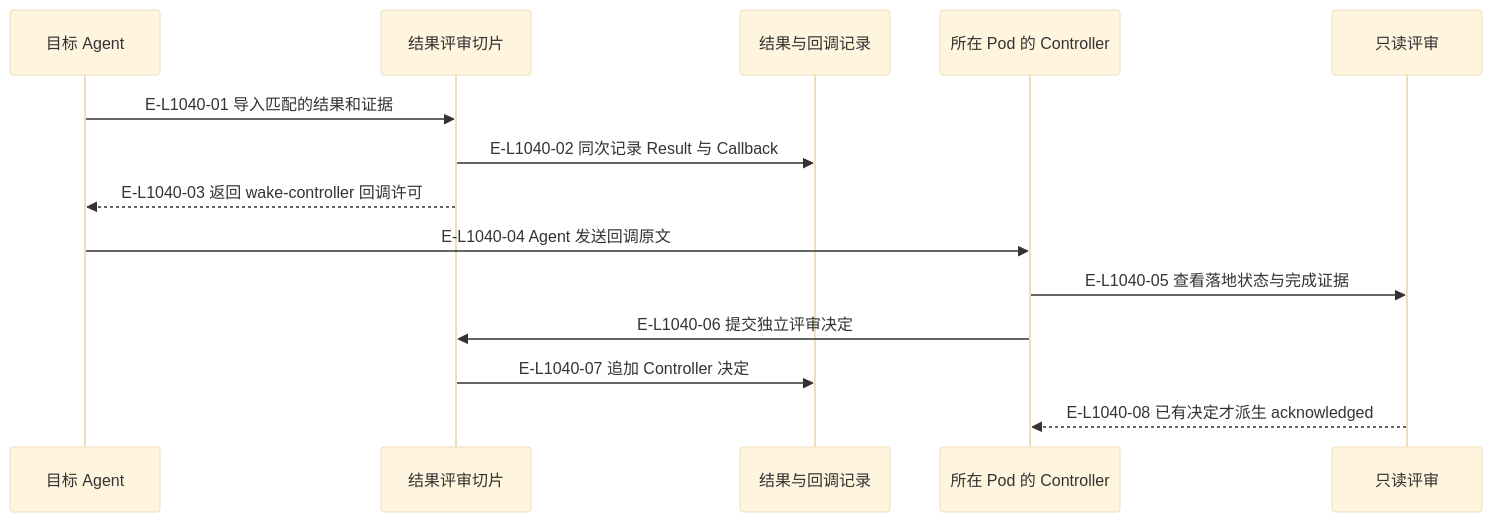
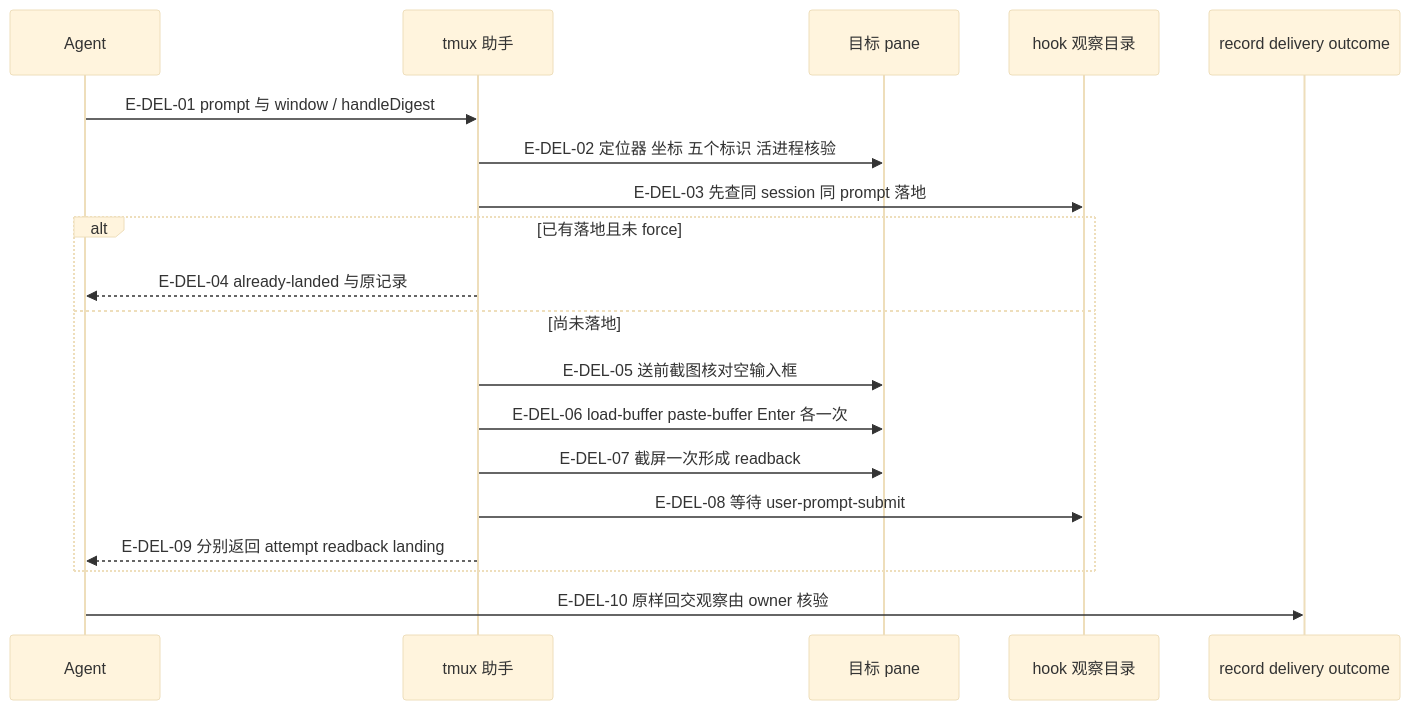
The second of 3 diagrams in wakeflow-architecture-atlas/maps/09-public-mcp-host-seams/host-effect-handshake.md (GxFn/Wakeflow), drawn with Mermaid (base theme) before and after one commit. The commit also changed other lines of this file and 76 other files, not shown here.

First line of the commit message:
docs(atlas): refresh architecture maps for the rc.5 codebase

````diff
--- a/wakeflow-architecture-atlas/maps/09-public-mcp-host-seams/host-effect-handshake.md
+++ b/wakeflow-architecture-atlas/maps/09-public-mcp-host-seams/host-effect-handshake.md
@@ -193,18 +109,23 @@
 ```mermaid
 sequenceDiagram
-  accTitle: 固定回调唤醒所在 Pod 的 Controller
-  accDescr: 固定回调唤醒所在 Pod 的 Controller；箭头区分当前代码步骤、返回事实与明确的条件。
-  participant target as 目标 Agent
-  participant review as 结果评审切片
-  participant event as 结果与回调记录
-  participant controller as 所在 Pod 的 Controller
-  participant inspect as 只读评审
-  target->>review: E-L1040-01 导入匹配的结果和证据
-  review->>event: E-L1040-02 同次记录 Result 与 Callback
-  review-->>target: E-L1040-03 返回 wake-controller 回调许可
-  target->>controller: E-L1040-04 Agent 发送回调原文
-  controller->>inspect: E-L1040-05 查看落地状态与完成证据
-  controller->>review: E-L1040-06 提交独立评审决定
-  review->>event: E-L1040-07 追加 Controller 决定
-  inspect-->>controller: E-L1040-08 已有决定才派生 acknowledged
+  accTitle: Claude 一次投递的发送与落地证据分离
+  accDescr: Agent 持有许可后运行助手，助手先验证 pane 和既有落地记录，再检查可用输入框，只粘贴回车一次，屏幕回读与 hook 落地分别返回，由结果记录能力判断。
+  participant A as Agent
+  participant H as tmux 助手
+  participant P as 目标 pane
+  participant O as hook 观察目录
+  participant W as record delivery outcome
+  A->>H: E-DEL-01 prompt 与 window / handleDigest
+  H->>P: E-DEL-02 定位器 坐标 五个标识 活进程核验
+  H->>O: E-DEL-03 先查同 session 同 prompt 落地
+  alt 已有落地且未 force
+    H-->>A: E-DEL-04 already-landed 与原记录
+  else 尚未落地
+    H->>P: E-DEL-05 送前截图核对空输入框
+    H->>P: E-DEL-06 load-buffer paste-buffer Enter 各一次
+    H->>P: E-DEL-07 截屏一次形成 readback
+    H->>O: E-DEL-08 等待 user-prompt-submit
+    H-->>A: E-DEL-09 分别返回 attempt readback landing
+  end
+  A->>W: E-DEL-10 原样回交观察由 owner 核验
 ```
````
